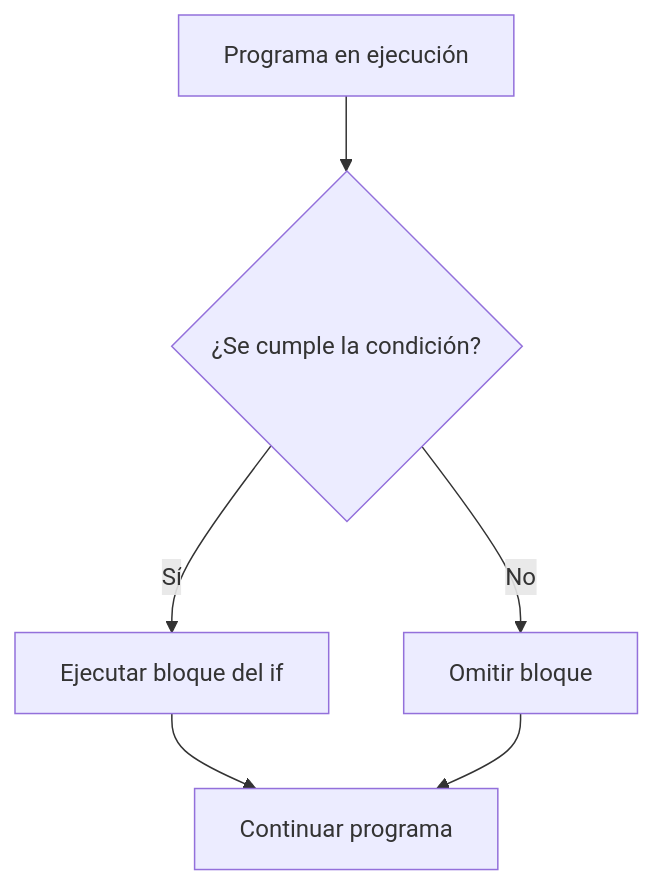
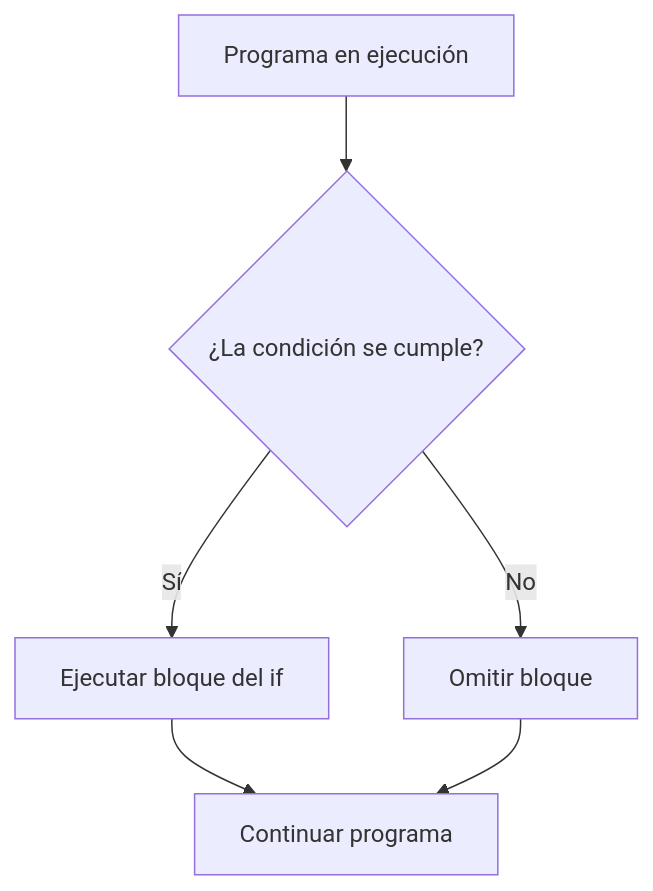
Before and after one commit to profeenrique/prg301-tp2026: the diagram in src/content/docs/03-control-de-flujo/01-selectivas/condicional-if.md, drawn with Mermaid. The commit also changed other lines of this file and 18 other files, not shown here.

```diff
--- a/src/content/docs/03-control-de-flujo/01-selectivas/condicional-if.md
+++ b/src/content/docs/03-control-de-flujo/01-selectivas/condicional-if.md
@@ -58,8 +59,8 @@
 ~~~mermaid
 flowchart TD
-    A[Programa en ejecución] --> B{¿Se cumple la condición?}
+    A[Programa en ejecución] --> B{¿La condición se cumple?}
     B -->|Sí| C[Ejecutar bloque del if]
     B -->|No| D[Omitir bloque]
     C --> E[Continuar programa]
     D --> E
 ~~~
```
